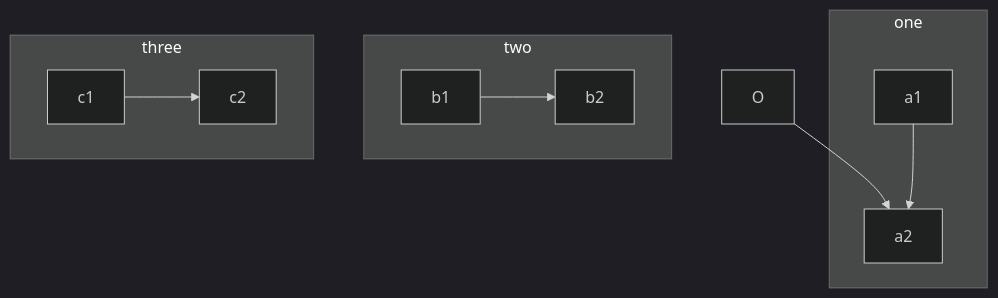
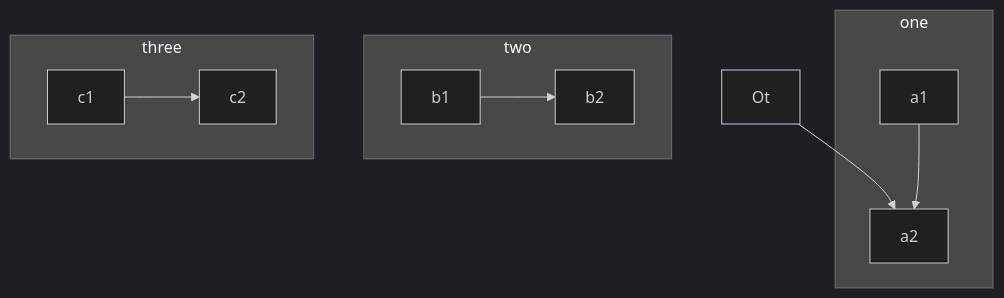
One commit to gerbssusd/dok changed the diagram in slides.md. Above: the diagram before and after it, drawn with Mermaid (dark theme).

````diff
--- a/slides.md
+++ b/slides.md
@@ -217,19 +217,19 @@
 ```mermaid
 flowchart TB
-    O-->a2
+    Ot-->a2
     subgraph one
     a1-->a2
     end
     subgraph two
     b1-->b2
     end
     subgraph three
     c1-->c2
     end
 
 
 
 
 
 
 ```
````
